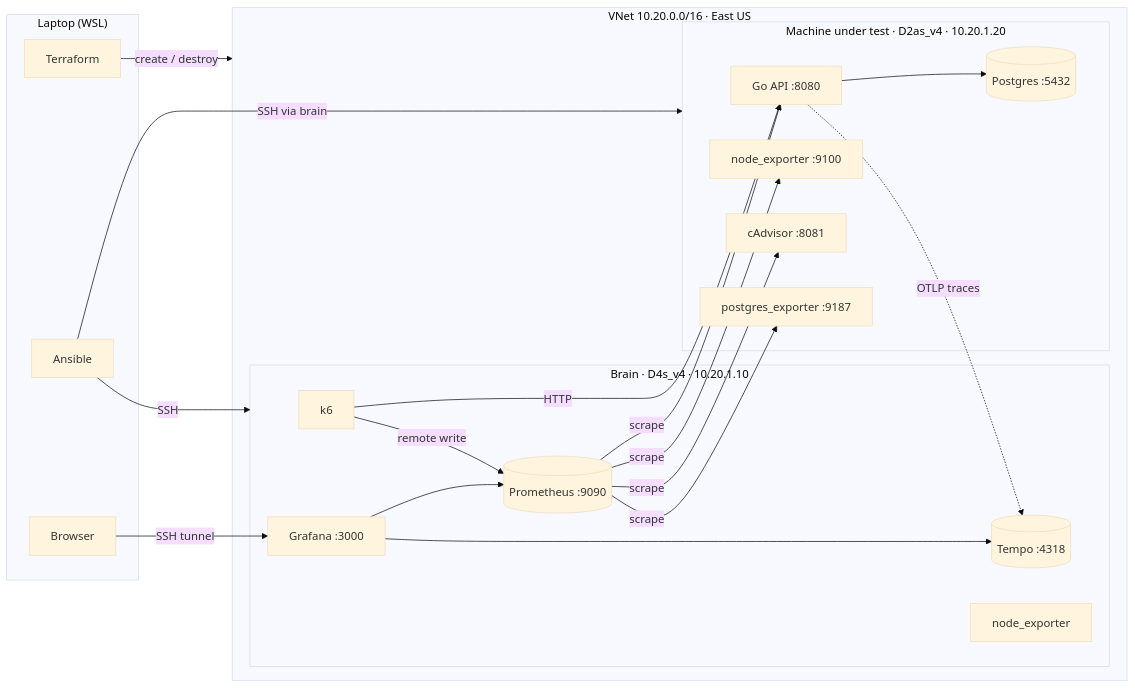
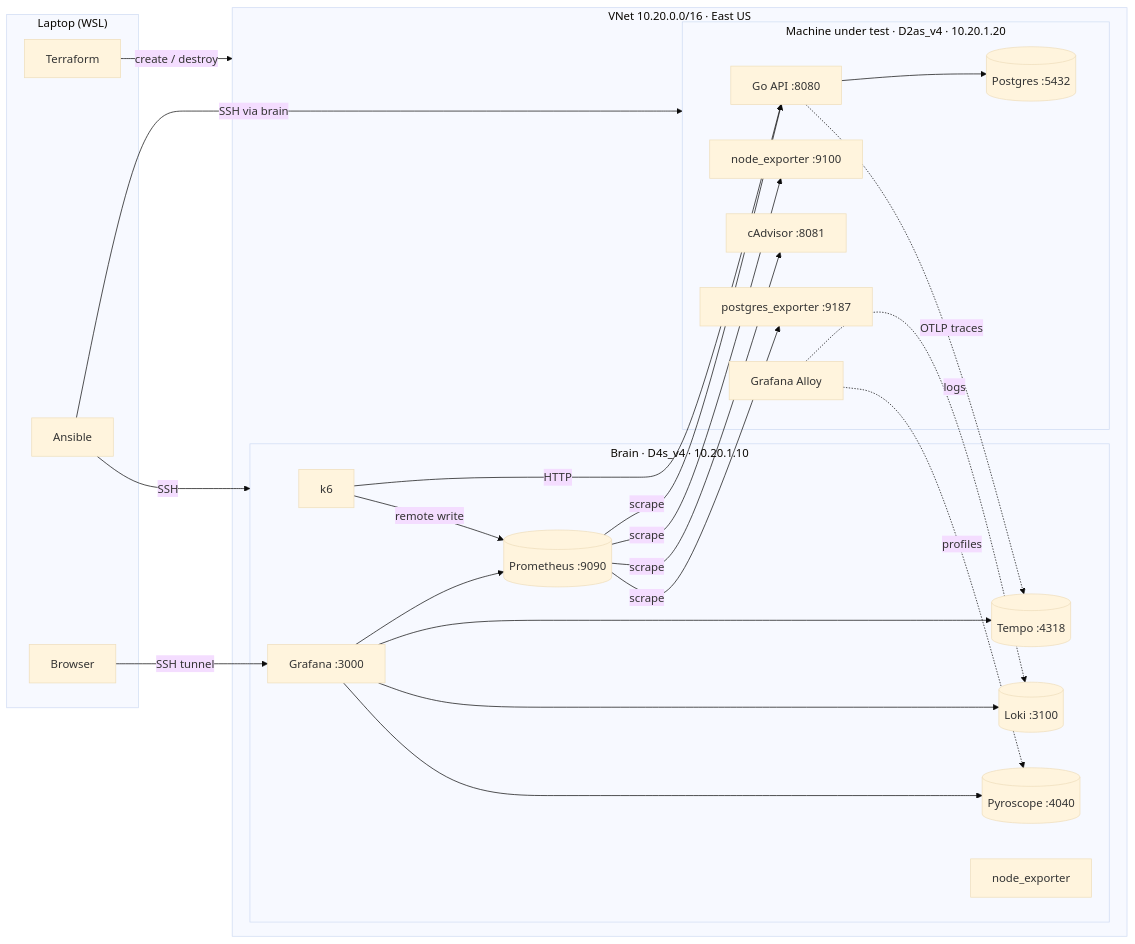
Before and after one commit to adssib/StressLab: the first of 6 diagrams in docs/ARCHITECTURE.md, drawn with Mermaid (base theme). The commit also changed other lines of this file and 4 other files, not shown here.

First line of the commit message:
docs: roadmap, kafka, overload, full observability, slos

````diff
--- a/docs/ARCHITECTURE.md
+++ b/docs/ARCHITECTURE.md
@@ -37,38 +37,45 @@
 ```mermaid
 flowchart LR
   subgraph LAPTOP["Laptop (WSL)"]
     TF["Terraform"]
     ANS["Ansible"]
     BR["Browser"]
   end
   subgraph VNET["VNet 10.20.0.0/16 · East US"]
     subgraph BRAIN["Brain · D4s_v4 · 10.20.1.10"]
       K6["k6"]
       PROM[("Prometheus :9090")]
       TEMPO[("Tempo :4318")]
+      LOKI[("Loki :3100")]
+      PYRO[("Pyroscope :4040")]
       GRAF["Grafana :3000"]
       NE1["node_exporter"]
     end
     subgraph SUT["Machine under test · D2as_v4 · 10.20.1.20"]
       API["Go API :8080"]
       PG[("Postgres :5432")]
       NE2["node_exporter :9100"]
       CAD["cAdvisor :8081"]
       PGX["postgres_exporter :9187"]
+      ALLOY["Grafana Alloy"]
     end
   end
   K6 -->|"HTTP"| API
   API --> PG
   K6 -->|"remote write"| PROM
   PROM -->|"scrape"| API
   PROM -->|"scrape"| NE2
   PROM -->|"scrape"| CAD
   PROM -->|"scrape"| PGX
   API -.->|"OTLP traces"| TEMPO
+  ALLOY -.->|"logs"| LOKI
+  ALLOY -.->|"profiles"| PYRO
   GRAF --> PROM
   GRAF --> TEMPO
+  GRAF --> LOKI
+  GRAF --> PYRO
   BR -->|"SSH tunnel"| GRAF
   TF -->|"create / destroy"| VNET
   ANS -->|"SSH"| BRAIN
   ANS -->|"SSH via brain"| SUT
 ```
````
